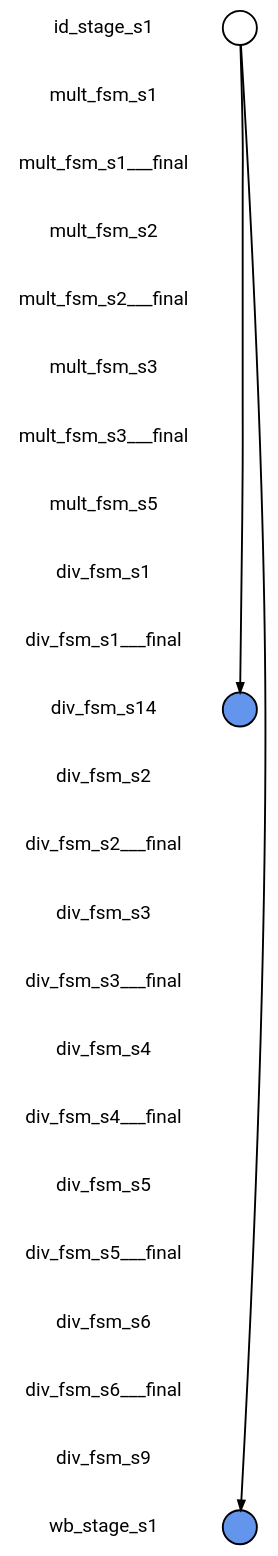
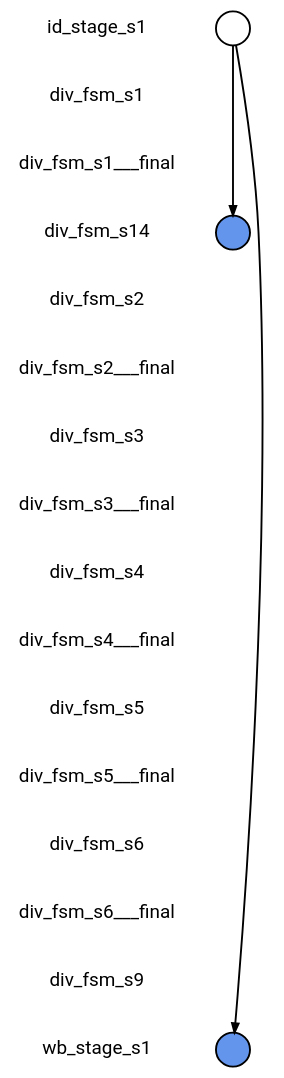
The diagram in fv/synthlc/i_DIV_out/xSummarize/nonisograph/com_2_0.dot (naomipark3/SynthLC), drawn with Graphviz before and after one commit. The commit also changed 38807 other files, not shown here.

```diff
--- a/fv/synthlc/i_DIV_out/xSummarize/nonisograph/com_2_0.dot
+++ b/fv/synthlc/i_DIV_out/xSummarize/nonisograph/com_2_0.dot
@@ -1,68 +1,54 @@
 
 digraph G {
     edge [penwidth=2];
     node [ shape=box, fontsize=20, penwidth=2, fontname="roboto"];
     esep=0.5;
     layout=neato;
     overlap=scale;
     splines=true;
 
 l_id_stage_s1 [label="id_stage_s1"; pos="0,-0!"; shape=none];
 
-l_mult_fsm_s1 [label="mult_fsm_s1"; pos="0,-1!"; shape=none];
+l_div_fsm_s1 [label="div_fsm_s1"; pos="0,-1!"; shape=none];
 
-l_mult_fsm_s1___final [label="mult_fsm_s1___final"; pos="0,-2!"; shape=none];
+l_div_fsm_s1___final [label="div_fsm_s1___final"; pos="0,-2!"; shape=none];
 
-l_mult_fsm_s2 [label="mult_fsm_s2"; pos="0,-3!"; shape=none];
+l_div_fsm_s14 [label="div_fsm_s14"; pos="0,-3!"; shape=none];
 
-l_mult_fsm_s2___final [label="mult_fsm_s2___final"; pos="0,-4!"; shape=none];
+l_div_fsm_s2 [label="div_fsm_s2"; pos="0,-4!"; shape=none];
 
-l_mult_fsm_s3 [label="mult_fsm_s3"; pos="0,-5!"; shape=none];
+l_div_fsm_s2___final [label="div_fsm_s2___final"; pos="0,-5!"; shape=none];
 
-l_mult_fsm_s3___final [label="mult_fsm_s3___final"; pos="0,-6!"; shape=none];
+l_div_fsm_s3 [label="div_fsm_s3"; pos="0,-6!"; shape=none];
 
-l_mult_fsm_s5 [label="mult_fsm_s5"; pos="0,-7!"; shape=none];
+l_div_fsm_s3___final [label="div_fsm_s3___final"; pos="0,-7!"; shape=none];
 
-l_div_fsm_s1 [label="div_fsm_s1"; pos="0,-8!"; shape=none];
+l_div_fsm_s4 [label="div_fsm_s4"; pos="0,-8!"; shape=none];
 
-l_div_fsm_s1___final [label="div_fsm_s1___final"; pos="0,-9!"; shape=none];
+l_div_fsm_s4___final [label="div_fsm_s4___final"; pos="0,-9!"; shape=none];
 
-l_div_fsm_s14 [label="div_fsm_s14"; pos="0,-10!"; shape=none];
+l_div_fsm_s5 [label="div_fsm_s5"; pos="0,-10!"; shape=none];
 
-l_div_fsm_s2 [label="div_fsm_s2"; pos="0,-11!"; shape=none];
+l_div_fsm_s5___final [label="div_fsm_s5___final"; pos="0,-11!"; shape=none];
 
-l_div_fsm_s2___final [label="div_fsm_s2___final"; pos="0,-12!"; shape=none];
+l_div_fsm_s6 [label="div_fsm_s6"; pos="0,-12!"; shape=none];
 
-l_div_fsm_s3 [label="div_fsm_s3"; pos="0,-13!"; shape=none];
+l_div_fsm_s6___final [label="div_fsm_s6___final"; pos="0,-13!"; shape=none];
 
-l_div_fsm_s3___final [label="div_fsm_s3___final"; pos="0,-14!"; shape=none];
+l_div_fsm_s9 [label="div_fsm_s9"; pos="0,-14!"; shape=none];
 
-l_div_fsm_s4 [label="div_fsm_s4"; pos="0,-15!"; shape=none];
-
-l_div_fsm_s4___final [label="div_fsm_s4___final"; pos="0,-16!"; shape=none];
-
-l_div_fsm_s5 [label="div_fsm_s5"; pos="0,-17!"; shape=none];
-
-l_div_fsm_s5___final [label="div_fsm_s5___final"; pos="0,-18!"; shape=none];
-
-l_div_fsm_s6 [label="div_fsm_s6"; pos="0,-19!"; shape=none];
-
-l_div_fsm_s6___final [label="div_fsm_s6___final"; pos="0,-20!"; shape=none];
-
-l_div_fsm_s9 [label="div_fsm_s9"; pos="0,-21!"; shape=none];
-
-l_wb_stage_s1 [label="wb_stage_s1"; pos="0,-22!"; shape=none];
+l_wb_stage_s1 [label="wb_stage_s1"; pos="0,-15!"; shape=none];
 
 n_id_stage_s1 [label=""; pos="2,-0!"; shape=circle ]; 
 
 
-n_div_fsm_s14 [style=filled, color=black, fillcolor="#6495ED", label=""; pos="2,-10!"; shape=circle ]; 
+n_div_fsm_s14 [style=filled, color=black, fillcolor="#6495ED", label=""; pos="2,-3!"; shape=circle ]; 
 
 
-n_wb_stage_s1 [style=filled, color=black, fillcolor="#6495ED", label=""; pos="2,-22!"; shape=circle ]; 
+n_wb_stage_s1 [style=filled, color=black, fillcolor="#6495ED", label=""; pos="2,-15!"; shape=circle ]; 
 
 
 n_id_stage_s1 -> n_div_fsm_s14 [color="black"];
 
 n_id_stage_s1 -> n_wb_stage_s1 [color="black"];
 }
```
